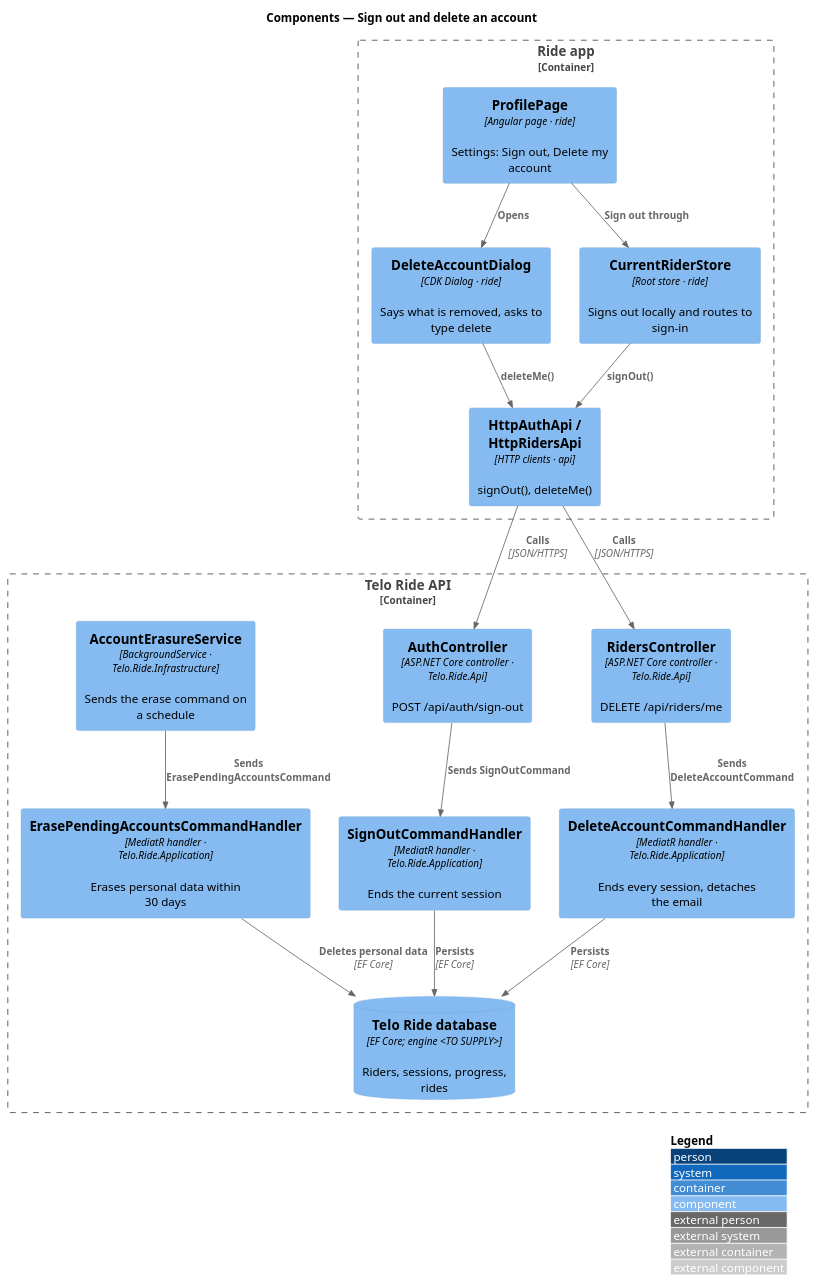
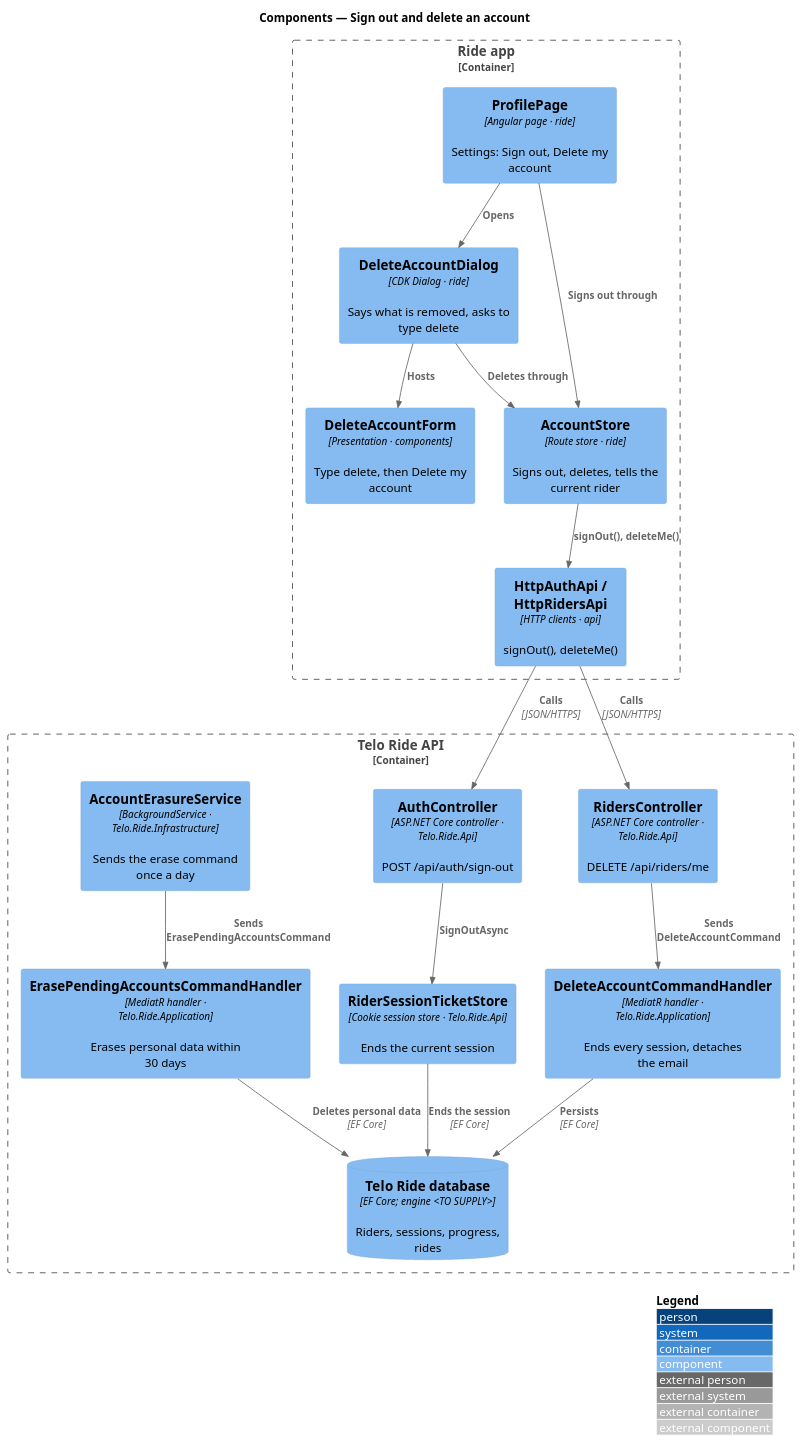
One commit to QuinntyneBrown/ride-one changed the diagram in docs/detailed-designs/accounts/sign-out-and-delete-an-account/diagrams/c4-component.puml. Above: the diagram before and after it, drawn with PlantUML. The commit also changed 31 other files, not shown here.

First line of the commit message:
Draw and specify signing out and deleting an account

```diff
--- a/docs/detailed-designs/accounts/sign-out-and-delete-an-account/diagrams/c4-component.puml
+++ b/docs/detailed-designs/accounts/sign-out-and-delete-an-account/diagrams/c4-component.puml
@@ -1,32 +1,34 @@
 @startuml
 !include <C4/C4_Component>
 LAYOUT_WITH_LEGEND()
 title Components — Sign out and delete an account
 Container_Boundary(app, "Ride app") {
   Component(profile, "ProfilePage", "Angular page · ride", "Settings: Sign out, Delete my account")
   Component(dialog, "DeleteAccountDialog", "CDK Dialog · ride", "Says what is removed, asks to type delete")
-  Component(current, "CurrentRiderStore", "Root store · ride", "Signs out locally and routes to sign-in")
+  Component(store, "AccountStore", "Route store · ride", "Signs out, deletes, tells the current rider")
+  Component(form, "DeleteAccountForm", "Presentation · components", "Type delete, then Delete my account")
   Component(auth, "HttpAuthApi / HttpRidersApi", "HTTP clients · api", "signOut(), deleteMe()")
 }
 Container_Boundary(api, "Telo Ride API") {
   Component(authctrl, "AuthController", "ASP.NET Core controller · Telo.Ride.Api", "POST /api/auth/sign-out")
   Component(riderctrl, "RidersController", "ASP.NET Core controller · Telo.Ride.Api", "DELETE /api/riders/me")
-  Component(signout, "SignOutCommandHandler", "MediatR handler · Telo.Ride.Application", "Ends the current session")
+  Component(tickets, "RiderSessionTicketStore", "Cookie session store · Telo.Ride.Api", "Ends the current session")
   Component(delete, "DeleteAccountCommandHandler", "MediatR handler · Telo.Ride.Application", "Ends every session, detaches the email")
   Component(erase, "ErasePendingAccountsCommandHandler", "MediatR handler · Telo.Ride.Application", "Erases personal data within 30 days")
-  Component(job, "AccountErasureService", "BackgroundService · Telo.Ride.Infrastructure", "Sends the erase command on a schedule")
+  Component(job, "AccountErasureService", "BackgroundService · Telo.Ride.Infrastructure", "Sends the erase command once a day")
   ComponentDb(db, "Telo Ride database", "EF Core; engine <TO SUPPLY>", "Riders, sessions, progress, rides")
 }
-Rel(profile, current, "Sign out through")
+Rel(profile, store, "Signs out through")
 Rel(profile, dialog, "Opens")
-Rel(dialog, auth, "deleteMe()")
-Rel(current, auth, "signOut()")
+Rel(dialog, form, "Hosts")
+Rel(dialog, store, "Deletes through")
+Rel(store, auth, "signOut(), deleteMe()")
 Rel(auth, authctrl, "Calls", "JSON/HTTPS")
 Rel(auth, riderctrl, "Calls", "JSON/HTTPS")
-Rel(authctrl, signout, "Sends SignOutCommand")
+Rel(authctrl, tickets, "SignOutAsync")
 Rel(riderctrl, delete, "Sends DeleteAccountCommand")
 Rel(job, erase, "Sends ErasePendingAccountsCommand")
-Rel(signout, db, "Persists", "EF Core")
+Rel(tickets, db, "Ends the session", "EF Core")
 Rel(delete, db, "Persists", "EF Core")
 Rel(erase, db, "Deletes personal data", "EF Core")
 @enduml
```
